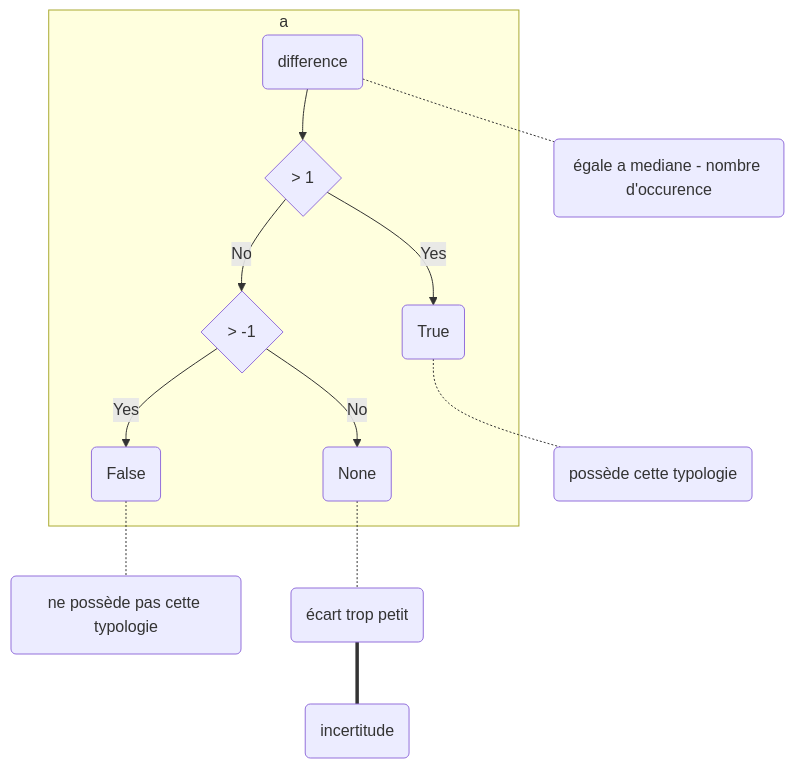
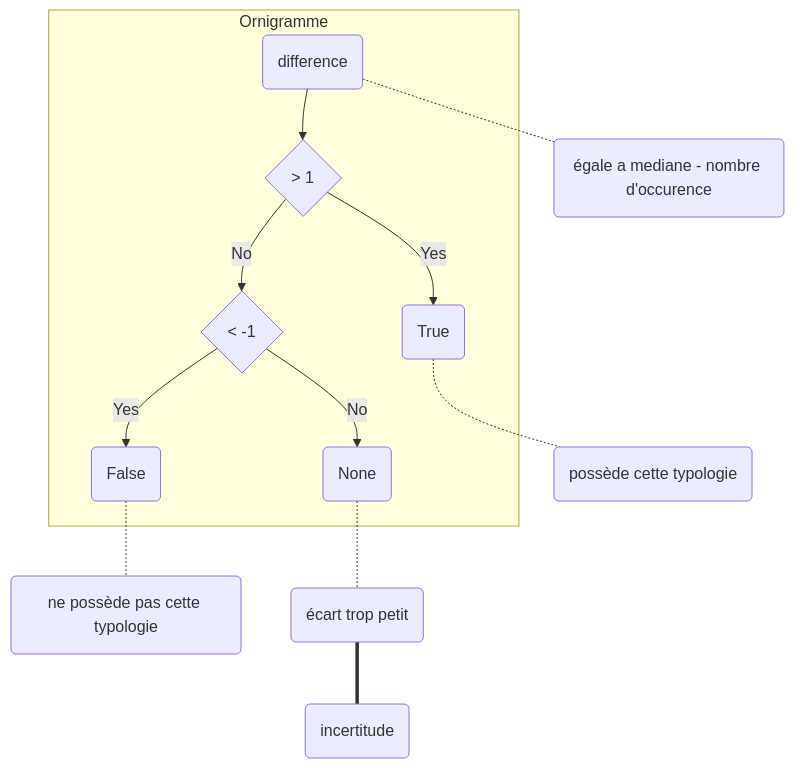
The diagram in 3eme/stage/src/nlp.rst (mariobelmar/college), drawn with Mermaid before and after one commit. The commit also changed other lines of this file, not shown here.

```diff
--- a/3eme/stage/src/nlp.rst
+++ b/3eme/stage/src/nlp.rst
@@ -294,18 +295,18 @@
          .. mermaid::
 
            flowchart TB
 
            nb("difference")
            ex("égale a mediane - nombre d'occurence")
            nb -.- ex
            t -.-  T("possède cette typologie")
            f -.- F("ne possède pas cette typologie")
            n -.- N("écart trop petit")
            N === i(incertitude)
-           subgraph a
+           subgraph Ornigramme
              nb -->A{"> 1"}
              A -->|Yes| t(True)
-             A -->|No| B{"> -1"}
+             A -->|No| B{"< -1"}
              B -->|Yes| f(False)
              B -->|No| n(None)
              end
```
